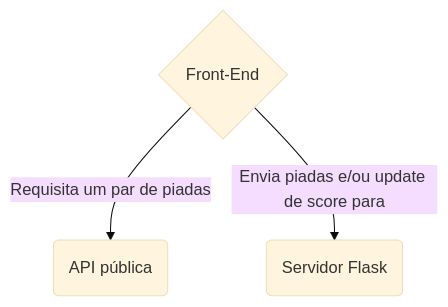
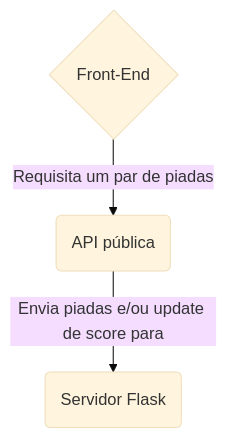
Before and after one commit to ribeiroAllison/JOKE-BATTLE-FRONT: the diagram in README.md, drawn with Mermaid (base theme).

Commit message:
readme update

````diff
--- a/README.md
+++ b/README.md
@@ -23,11 +23,11 @@
 ```mermaid
 
 graph TD
 
-A{Front-End } -- Requisita um par de piadas --> B(API pública) 
+B{ Front-End } -- Requisita um par de piadas --> A(API pública) 
 
 A -- Envia piadas e/ou update de score para -->C(Servidor Flask)
 
 
 
 ```
````
